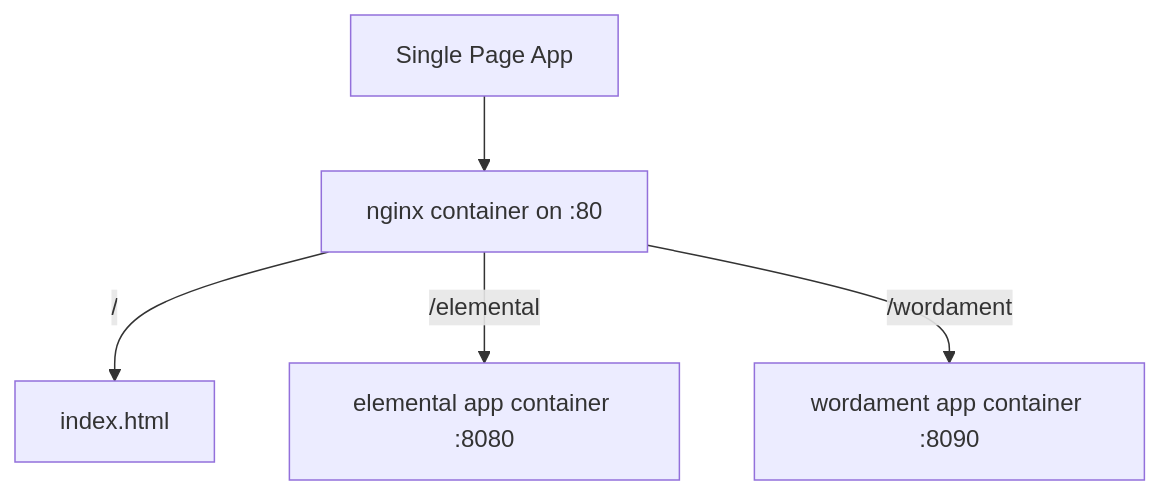
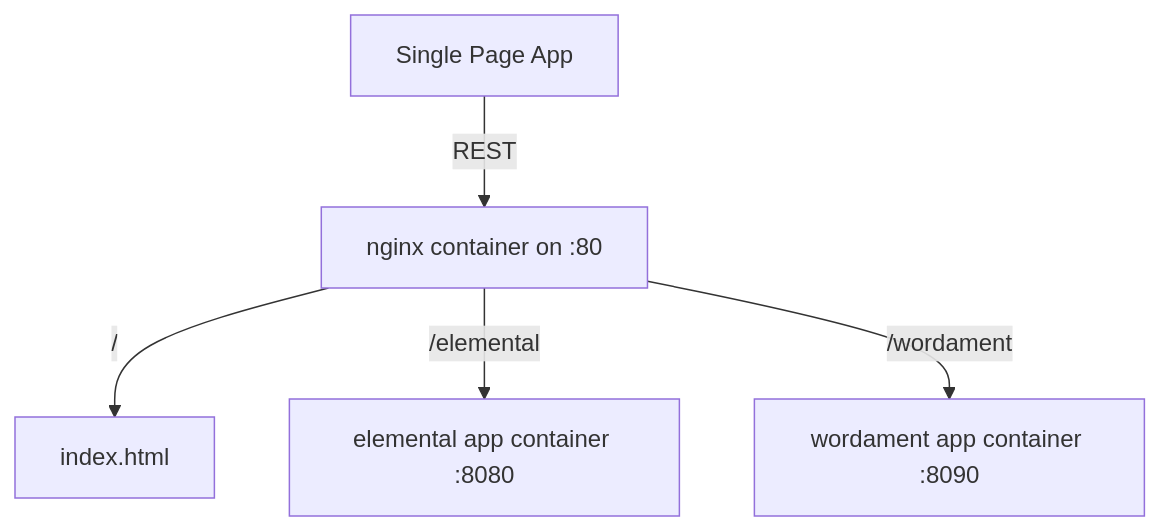
The diagram in README.md (abhinababasu/infra), drawn with Mermaid before and after one commit. The commit also changed other lines of this file and 1 other file, not shown here.

````diff
--- a/README.md
+++ b/README.md
@@ -8,8 +8,8 @@
 ```mermaid
 graph TD;
-    Web[Single Page App] --> RevProxy[nginx container on :80];
+    Web[Single Page App] --> |REST| RevProxy[nginx container on :80];
     RevProxy --> |/| default[index.html];
     RevProxy --> |/elemental| elemental[elemental app container :8080];
     RevProxy --> |/wordament| wordament[wordament app container :8090];
 
 ```
````
